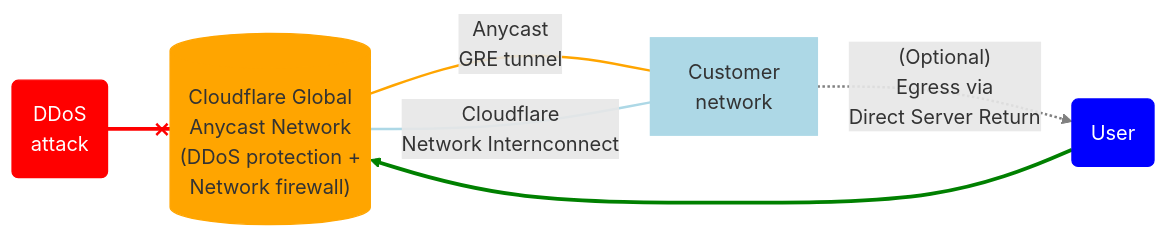
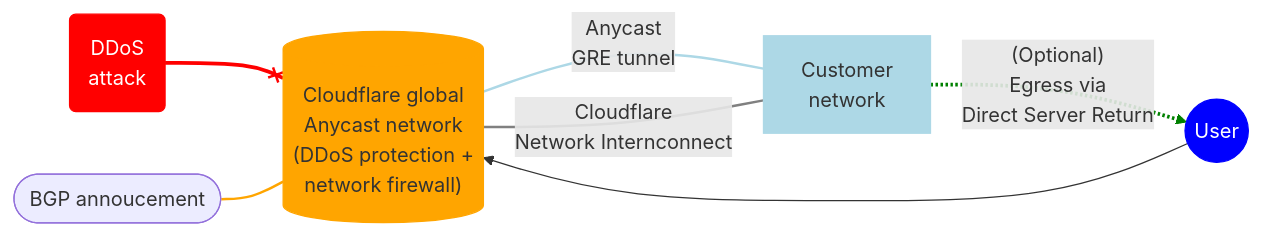
Before and after one commit to cloudflare/cloudflare-docs: the diagram in content/magic-transit/about.md, drawn with Mermaid.

Commit message:
added bpg annoucement to graphic

````diff
--- a/content/magic-transit/about.md
+++ b/content/magic-transit/about.md
@@ -21,26 +21,28 @@
 ```mermaid
 flowchart LR
 accTitle: Magic Transit
 accDescr: Diagram showing how Magic Transit protects traffic on the customer's network.
 
 A(DDoS <br> attack)
-B[("Cloudflare Global <br> Anycast Network <br> (DDoS protection + <br> Network firewall)")]
+B[("Cloudflare global <br> Anycast network <br> (DDoS protection + <br> network firewall)")]
 C[Customer <br> network]
-D(User)
+D((User))
+E([BGP annoucement])
 
 A --x B
+E --- B
 B-- Anycast <br> GRE tunnel ---C
 B-- Cloudflare <br> Network Internconnect ---C
 C-. "(Optional) <br> Egress via <br> Direct Server Return" .-> D
 D --> B
 
 style A stroke: red,fill: red,color: white
 style B stroke: orange,fill: orange
 style C stroke: #ADD8E6,fill: #ADD8E6
 style D stroke: blue,fill: blue,color: white
 linkStyle 0 stroke-width:3px,stroke:red
 linkStyle 1 stroke-width:2px,stroke:orange
 linkStyle 2 stroke-width:2px,stroke:#ADD8E6
 linkStyle 3 stroke-width:2px,stroke:gray
 linkStyle 4 stroke-width:3px,stroke:green
 ```
````
